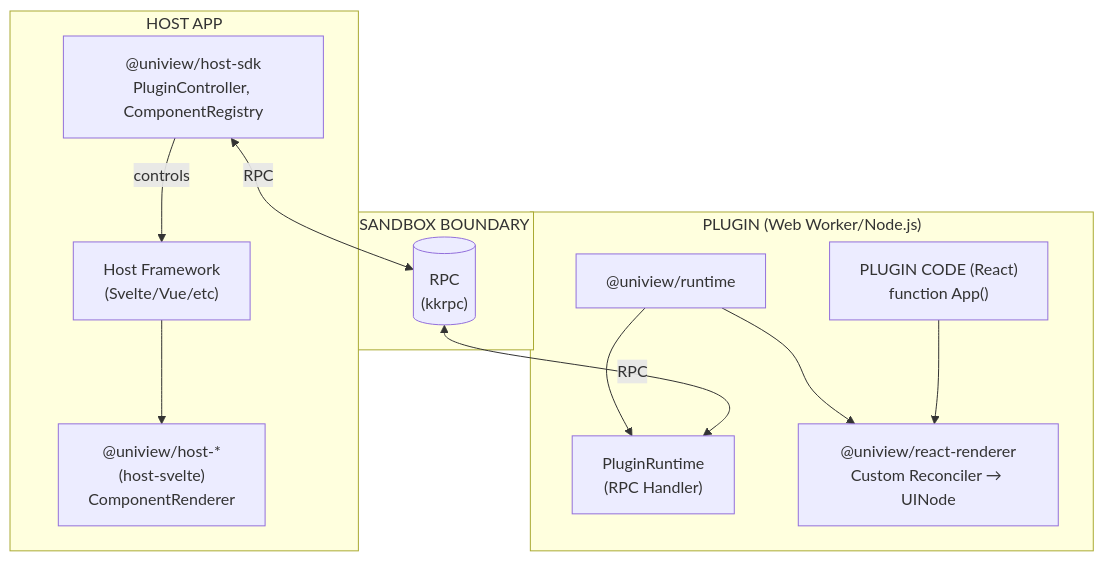
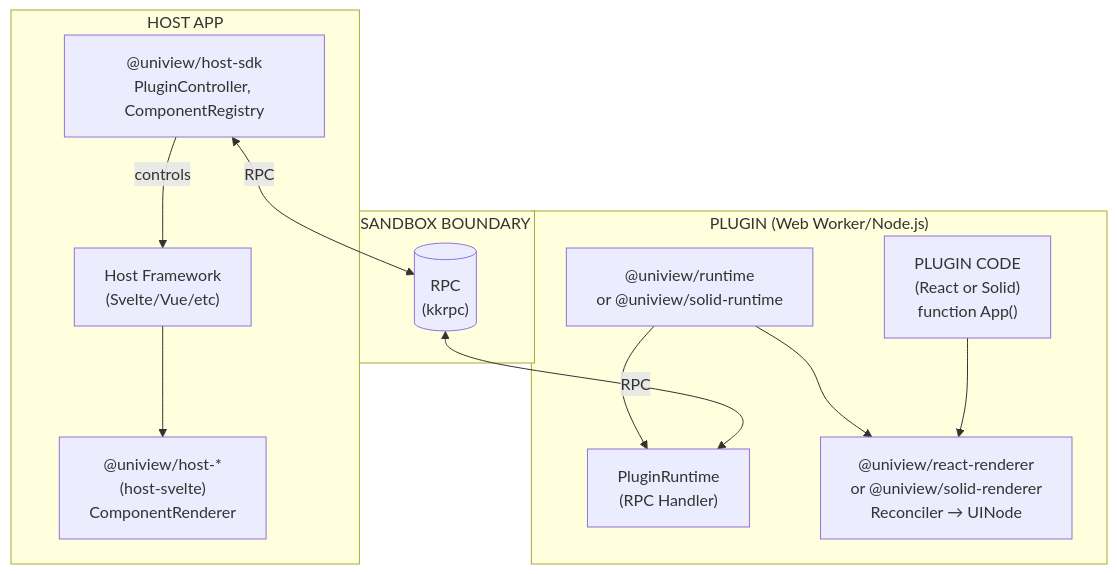
The first of 6 diagrams in docs/content/docs/architecture.mdx (HuakunShen/uniview), drawn with Mermaid before and after one commit. The commit also changed other lines of this file and 50 other files, not shown here.

First line of the commit message:
feat: add SolidJS plugin support with universal renderer

````diff
--- a/docs/content/docs/architecture.mdx
+++ b/docs/content/docs/architecture.mdx
@@ -11,29 +11,29 @@
 ```mermaid
 flowchart TB
     subgraph HostApp["HOST APP"]
         HostFramework["Host Framework<br/>(Svelte/Vue/etc)"]
         HostSDK["@uniview/host-sdk<br/>PluginController, ComponentRegistry"]
         HostAdapter["@uniview/host-*<br/>(host-svelte)<br/>ComponentRenderer"]
 
         HostSDK -->|controls| HostFramework
         HostFramework --> HostAdapter
     end
 
     subgraph Boundary["SANDBOX BOUNDARY"]
         RPC[("RPC<br/>(kkrpc)")]
     end
 
     subgraph Plugin["PLUGIN (Web Worker/Node.js)"]
-        Runtime["@uniview/runtime"]
+        Runtime["@uniview/runtime<br/>or @uniview/solid-runtime"]
         PluginRuntime["PluginRuntime<br/>(RPC Handler)"]
-        ReactRenderer["@uniview/react-renderer<br/>Custom Reconciler → UINode"]
-        PluginCode["PLUGIN CODE (React)<br/>function App()"]
+        ReactRenderer["@uniview/react-renderer<br/>or @uniview/solid-renderer<br/>Reconciler → UINode"]
+        PluginCode["PLUGIN CODE<br/>(React or Solid)<br/>function App()"]
 
         Runtime --> PluginRuntime
         Runtime --> ReactRenderer
         PluginCode --> ReactRenderer
     end
 
     HostSDK <-->|RPC| RPC
     RPC <-->|RPC| PluginRuntime
 ```
````
